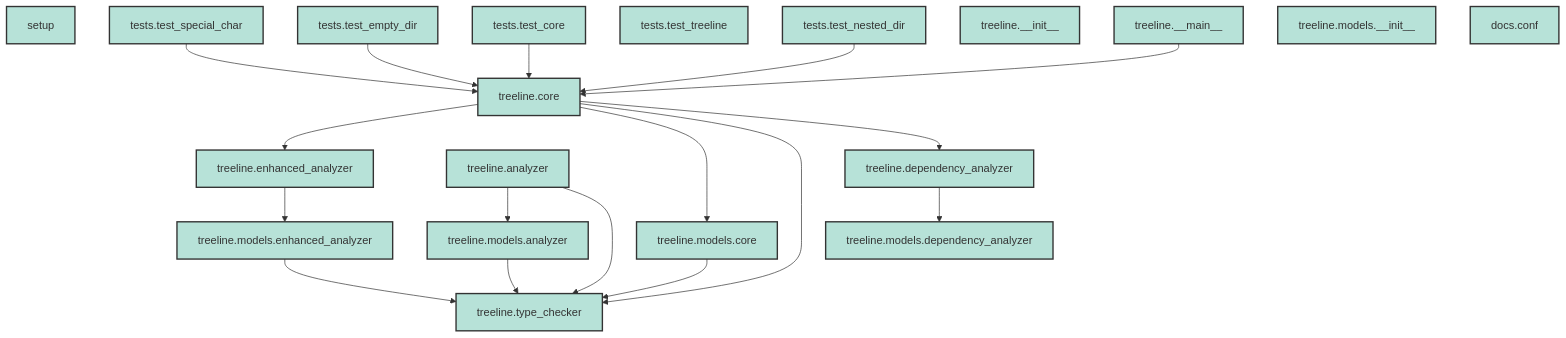
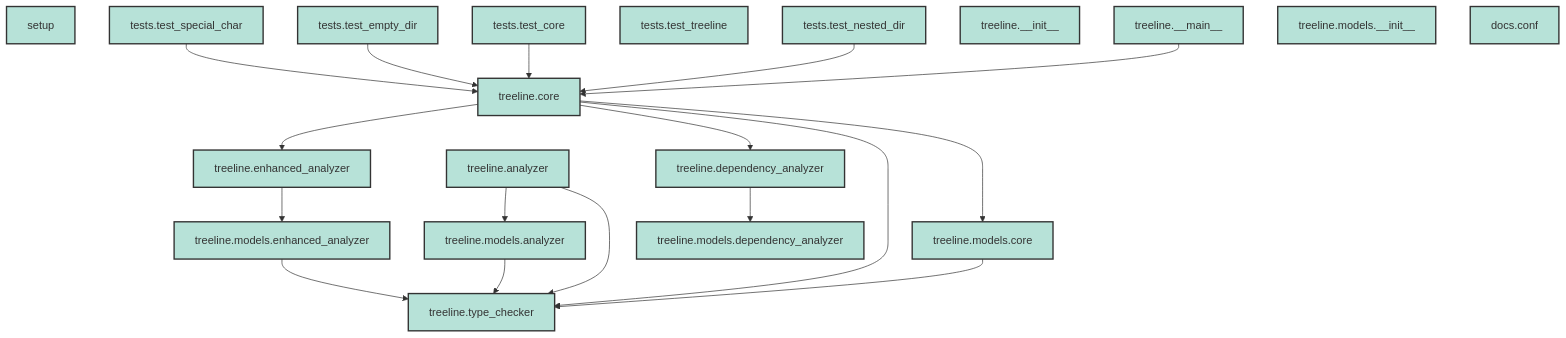
Before and after one commit to duriantaco/treeline: the first of 13 diagrams in results/code_analysis.md, drawn with Mermaid. The commit also changed other lines of this file and 6 other files, not shown here.

````diff
--- a/results/code_analysis.md
+++ b/results/code_analysis.md
@@ -15,43 +15,43 @@
 ```mermaid
 graph TD
 
     %% Styling
     classDef modNode fill:#b7e2d8,stroke:#333,stroke-width:2px
 
     setup["setup"]:::modNode
     tests_test_special_char["tests.test_special_char"]:::modNode
     tests_test_empty_dir["tests.test_empty_dir"]:::modNode
     tests_test_core["tests.test_core"]:::modNode
     tests_test_treeline["tests.test_treeline"]:::modNode
     tests_test_nested_dir["tests.test_nested_dir"]:::modNode
     treeline_type_checker["treeline.type_checker"]:::modNode
     treeline_dependency_analyzer["treeline.dependency_analyzer"]:::modNode
     treeline_analyzer["treeline.analyzer"]:::modNode
     treeline___init__["treeline.__init__"]:::modNode
     treeline_enhanced_analyzer["treeline.enhanced_analyzer"]:::modNode
     treeline_core["treeline.core"]:::modNode
     treeline___main__["treeline.__main__"]:::modNode
     treeline_models_dependency_analyzer["treeline.models.dependency_analyzer"]:::modNode
     treeline_models_analyzer["treeline.models.analyzer"]:::modNode
     treeline_models___init__["treeline.models.__init__"]:::modNode
     treeline_models_enhanced_analyzer["treeline.models.enhanced_analyzer"]:::modNode
     treeline_models_core["treeline.models.core"]:::modNode
     docs_conf["docs.conf"]:::modNode
 
     tests_test_special_char --> treeline_core
     tests_test_empty_dir --> treeline_core
     tests_test_core --> treeline_core
     tests_test_nested_dir --> treeline_core
     treeline_dependency_analyzer --> treeline_models_dependency_analyzer
     treeline_analyzer --> treeline_models_analyzer
     treeline_analyzer --> treeline_type_checker
     treeline_enhanced_analyzer --> treeline_models_enhanced_analyzer
     treeline_core --> treeline_enhanced_analyzer
+    treeline_core --> treeline_dependency_analyzer
+    treeline_core --> treeline_type_checker
     treeline_core --> treeline_models_core
-    treeline_core --> treeline_type_checker
-    treeline_core --> treeline_dependency_analyzer
     treeline___main__ --> treeline_core
     treeline_models_analyzer --> treeline_type_checker
     treeline_models_enhanced_analyzer --> treeline_type_checker
     treeline_models_core --> treeline_type_checker
 ```
````
